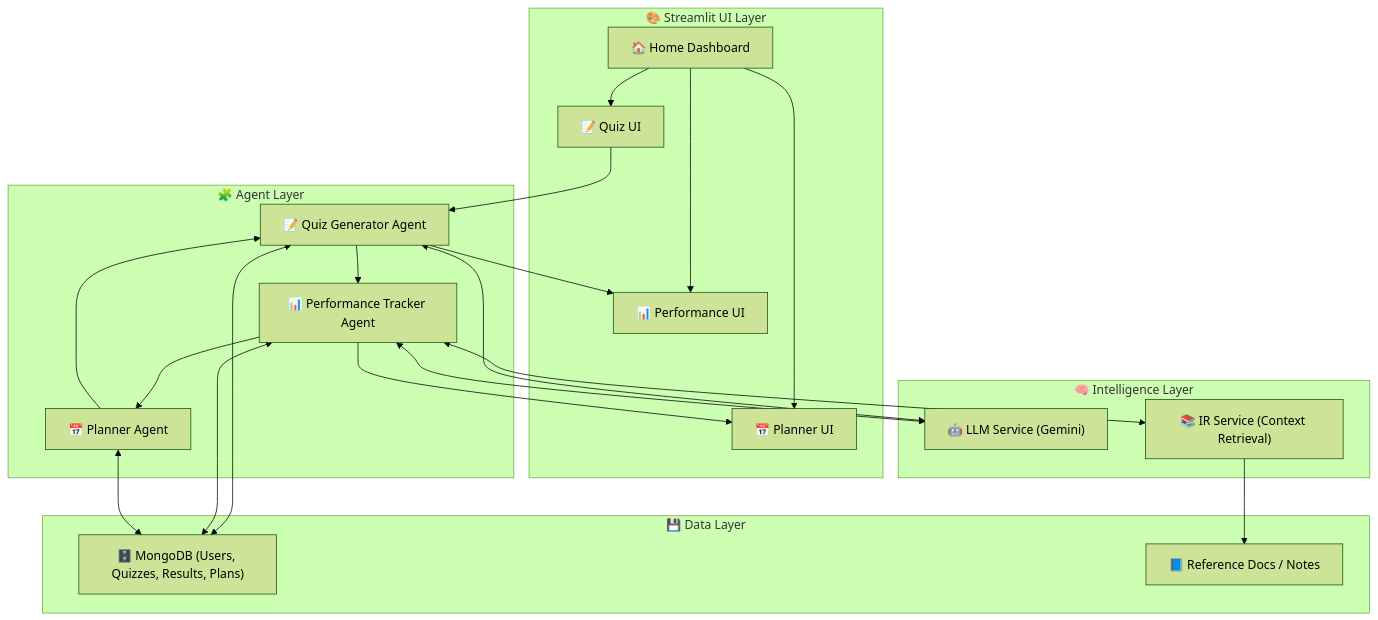
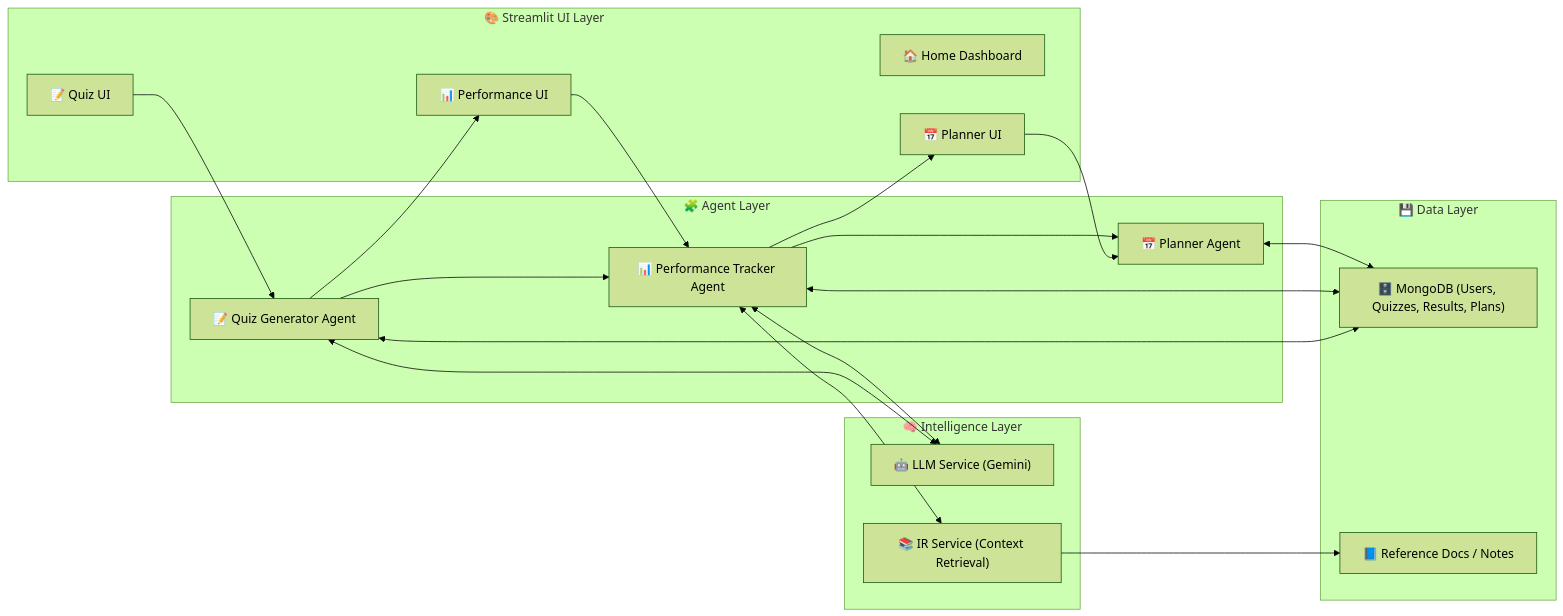
The diagram in README.md (LochanaLithira/Adaptive-Exam-Preparation-AI), drawn with Mermaid (forest theme) before and after one commit.

````diff
--- a/README.md
+++ b/README.md
@@ -24,60 +24,54 @@
 ```mermaid
-
-flowchart TD
-    %% User Layer
+flowchart LR
+    %% User Layer (Top)
     subgraph UI["🎨 Streamlit UI Layer"]
         UI_Home["🏠 Home Dashboard"]
         UI_Quiz["📝 Quiz UI"]
         UI_Performance["📊 Performance UI"]
         UI_Planner["📅 Planner UI"]
     end
 
-    %% Agent Layer
+    %% Agent Layer (Middle)
     subgraph AGENTS["🧩 Agent Layer"]
         C["📝 Quiz Generator Agent"]
         D["📊 Performance Tracker Agent"]
         B["📅 Planner Agent"]
     end
 
-    %% Intelligence Layer
+    %% Intelligence Layer (Middle-Right)
     subgraph AI["🧠 Intelligence Layer"]
         LLM["🤖 LLM Service (Gemini)"]
         IR["📚 IR Service (Context Retrieval)"]
     end
 
-    %% Data Layer
+    %% Data Layer (Bottom)
     subgraph DATA["💾 Data Layer"]
         DB["🗄️ MongoDB (Users, Quizzes, Results, Plans)"]
         DOCS["📘 Reference Docs / Notes"]
     end
 
-    %% UI Navigation
-    UI_Home --> UI_Quiz
-    UI_Home --> UI_Performance
-    UI_Home --> UI_Planner
+    %% UI to Agents
+    UI_Quiz --> C
+    UI_Performance --> D
+    UI_Planner --> B
 
-    %% User to Quiz Agent
-    UI_Quiz --> C
-
-    %% Main Agent Flow
+    %% Linear Agent Flow
     C --> D
     D --> B
-    B --> C
 
     %% Feedback to UI
     C --> UI_Performance
     D --> UI_Planner
 
     %% Intelligence integration
     C <--> LLM
     D <--> LLM
     D <--> IR
 
     %% Data connections
     C <--> DB
     D <--> DB
     B <--> DB
     IR --> DOCS
 
-
 ```
````
